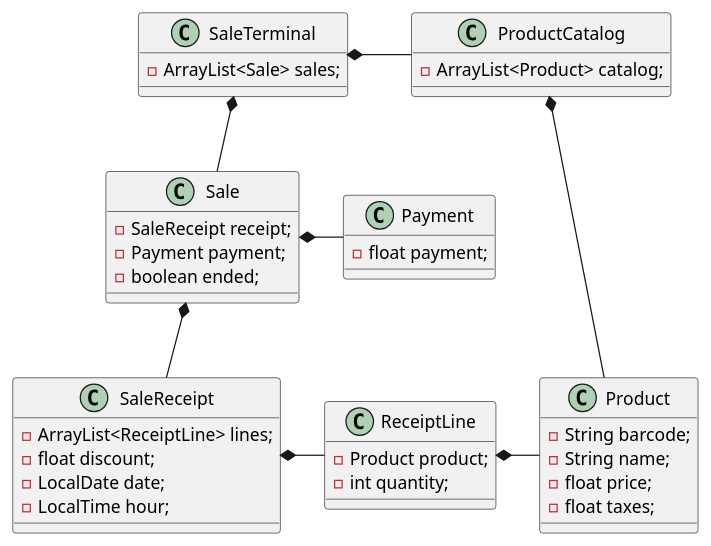
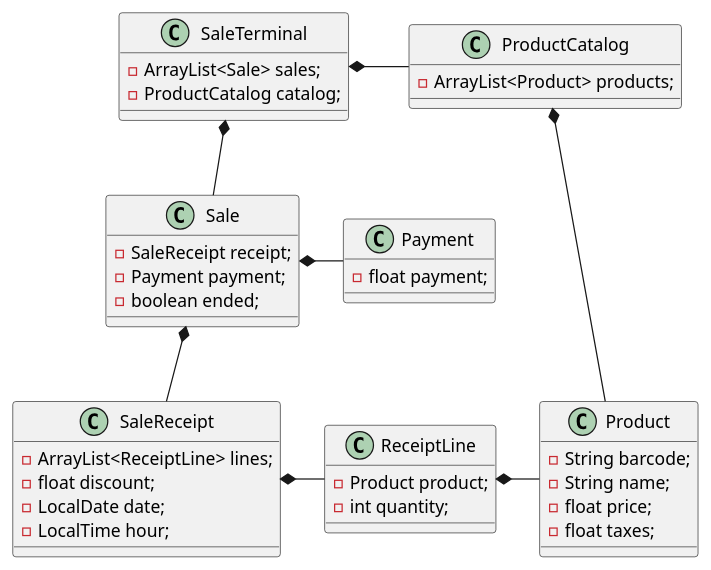
Before and after one commit to macervero-abello/data_access_theory: the diagram in book/bf1/img/ch01/controller_uml_example.puml, drawn with PlantUML. The commit also changed 4 other files, not shown here.

```diff
--- a/book/bf1/img/ch01/controller_uml_example.puml
+++ b/book/bf1/img/ch01/controller_uml_example.puml
@@ -1,53 +1,54 @@
 @startuml
 
 skinparam linestyle ortho
 
 class SaleTerminal {
     - ArrayList<Sale> sales;
+    - ProductCatalog catalog;
 }
 
 class Sale {
     - SaleReceipt receipt;
     - Payment payment;
     - boolean ended;
 }
 
 class ProductCatalog {
-    - ArrayList<Product> catalog;
+    - ArrayList<Product> products;
 }
 
 class SaleReceipt {
     - ArrayList<ReceiptLine> lines;
     - float discount;
     - LocalDate date;
     - LocalTime hour;
 }
 
 class Payment {
     - float payment;
 }
 
 class ReceiptLine {
     - Product product;
     - int quantity;
 }
 
 class Product {
     - String barcode;
     - String name;
     - float price;
     - float taxes;
 }
 
 Sale -u-* SaleTerminal
 ProductCatalog -l-* SaleTerminal
 
 Product -u-* ProductCatalog
 
 SaleReceipt -u-* Sale
 Payment -l-* Sale
 
 Product -l-* ReceiptLine
 ReceiptLine -l-*SaleReceipt
 
 @enduml
```
